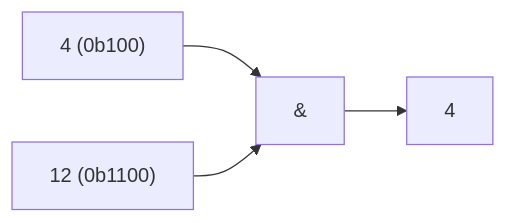
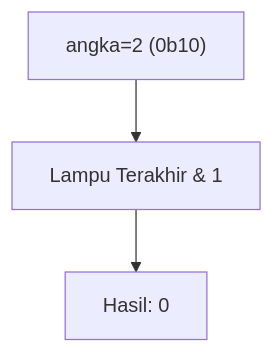
Before and after one commit to amnahwaida/OSNK_INF_PREP: the seventh of 25 diagrams in part-c-pemahaman-cpp/06-bitwise/latihan/set-11.md, drawn with Mermaid. The commit also changed other lines of this file and 71 other files, not shown here.

````diff
--- a/part-c-pemahaman-cpp/06-bitwise/latihan/set-11.md
+++ b/part-c-pemahaman-cpp/06-bitwise/latihan/set-11.md
@@ -180,6 +187,5 @@
 ```mermaid
-graph LR
-A["4 (0b100)"] --> C["&"]
-B["12 (0b1100)"] --> C
-C --> D["4"]
+graph TD
+A["angka=2 (0b10)"] --> B["Lampu Terakhir & 1"]
+B --> C["Hasil: 0"]
 ```
````
